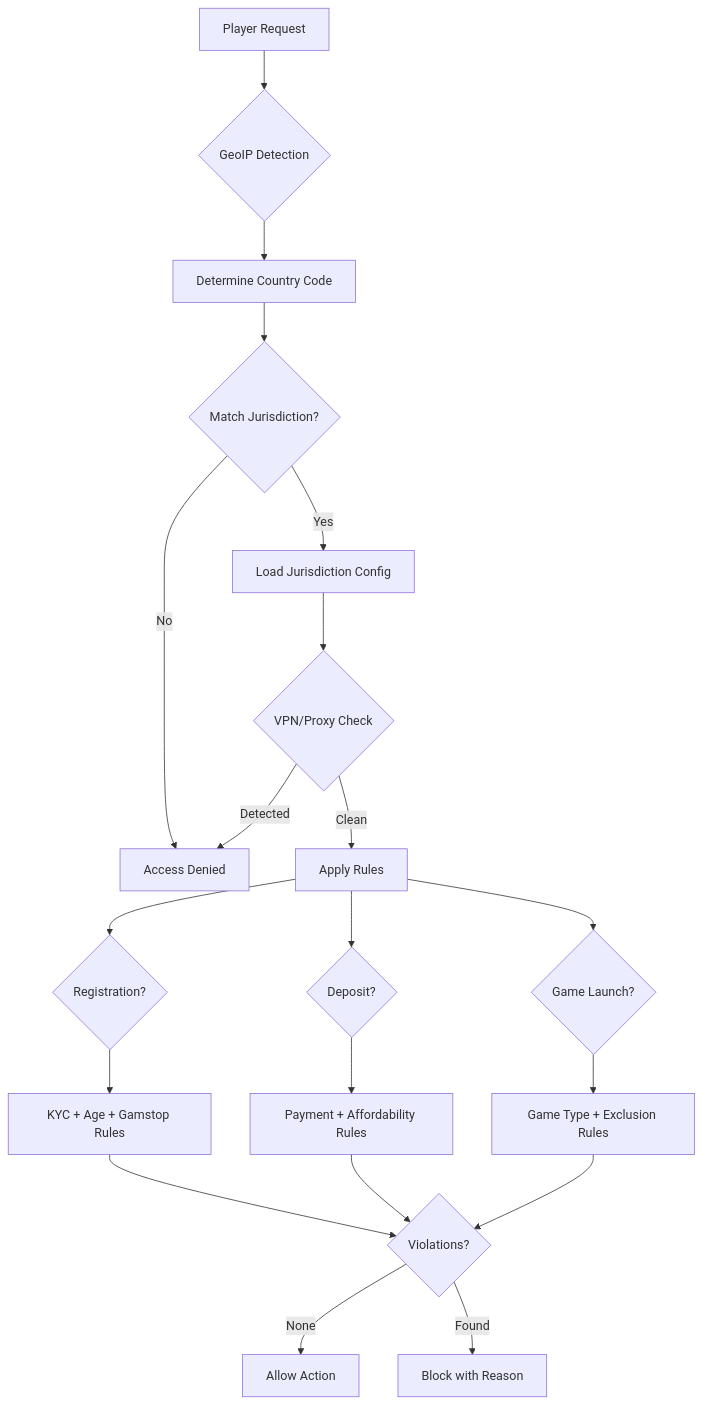
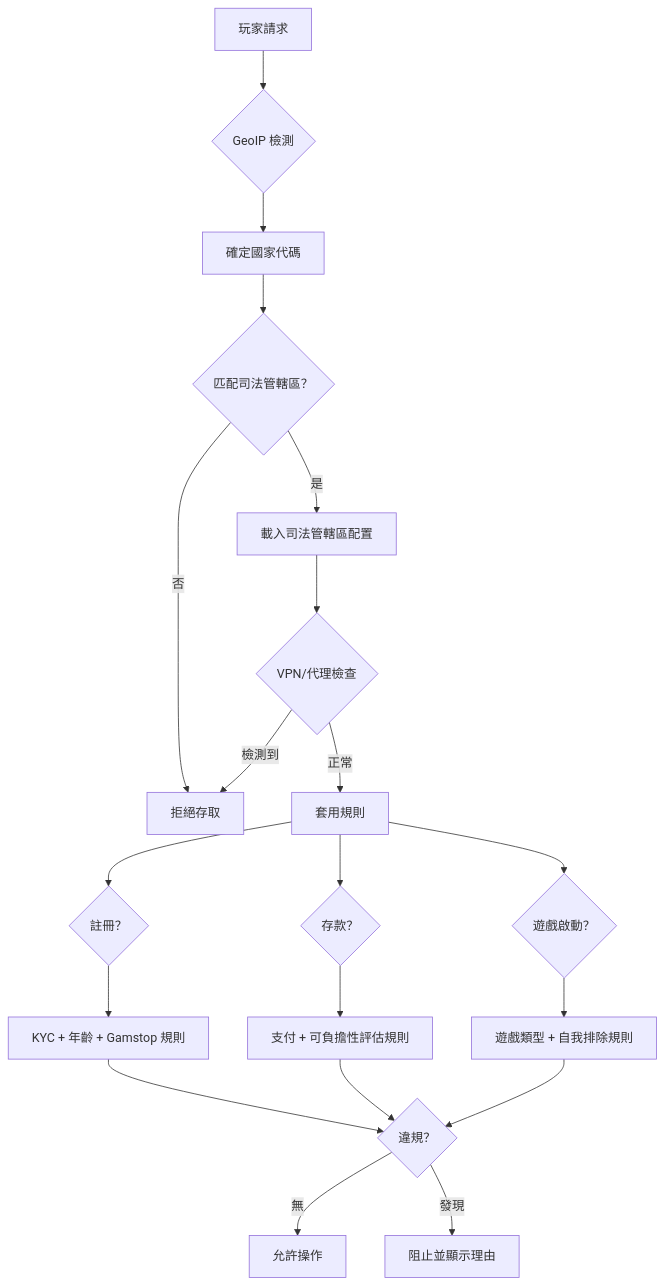
One commit to ron03wlb/smart-admin changed the diagram in docs/iGaming/architecture/06_Platform_Core/Jurisdiction_Routing_Architecture.md. Above: the diagram before and after it, drawn with Mermaid. The commit also changed other lines of this file and 4 other files, not shown here.

````diff
--- a/docs/iGaming/architecture/06_Platform_Core/Jurisdiction_Routing_Architecture.md
+++ b/docs/iGaming/architecture/06_Platform_Core/Jurisdiction_Routing_Architecture.md
@@ -527,22 +531,22 @@
 ```mermaid
 flowchart TD
-    A[Player Request] --> B{GeoIP Detection}
-    B --> C[Determine Country Code]
-    C --> D{Match Jurisdiction?}
-    D -->|Yes| E[Load Jurisdiction Config]
-    D -->|No| F[Access Denied]
-    E --> G{VPN/Proxy Check}
-    G -->|Clean| H[Apply Rules]
-    G -->|Detected| F
-    H --> I{Registration?}
-    H --> J{Deposit?}
-    H --> K{Game Launch?}
-    I --> L[KYC + Age + Gamstop Rules]
-    J --> M[Payment + Affordability Rules]
-    K --> N[Game Type + Exclusion Rules]
-    L --> O{Violations?}
+    A[玩家請求] --> B{GeoIP 檢測}
+    B --> C[確定國家代碼]
+    C --> D{匹配司法管轄區？}
+    D -->|是| E[載入司法管轄區配置]
+    D -->|否| F[拒絕存取]
+    E --> G{VPN/代理檢查}
+    G -->|正常| H[套用規則]
+    G -->|檢測到| F
+    H --> I{註冊？}
+    H --> J{存款？}
+    H --> K{遊戲啟動？}
+    I --> L[KYC + 年齡 + Gamstop 規則]
+    J --> M[支付 + 可負擔性評估規則]
+    K --> N[遊戲類型 + 自我排除規則]
+    L --> O{違規？}
     M --> O
     N --> O
-    O -->|None| P[Allow Action]
-    O -->|Found| Q[Block with Reason]
+    O -->|無| P[允許操作]
+    O -->|發現| Q[阻止並顯示理由]
 ```
````
